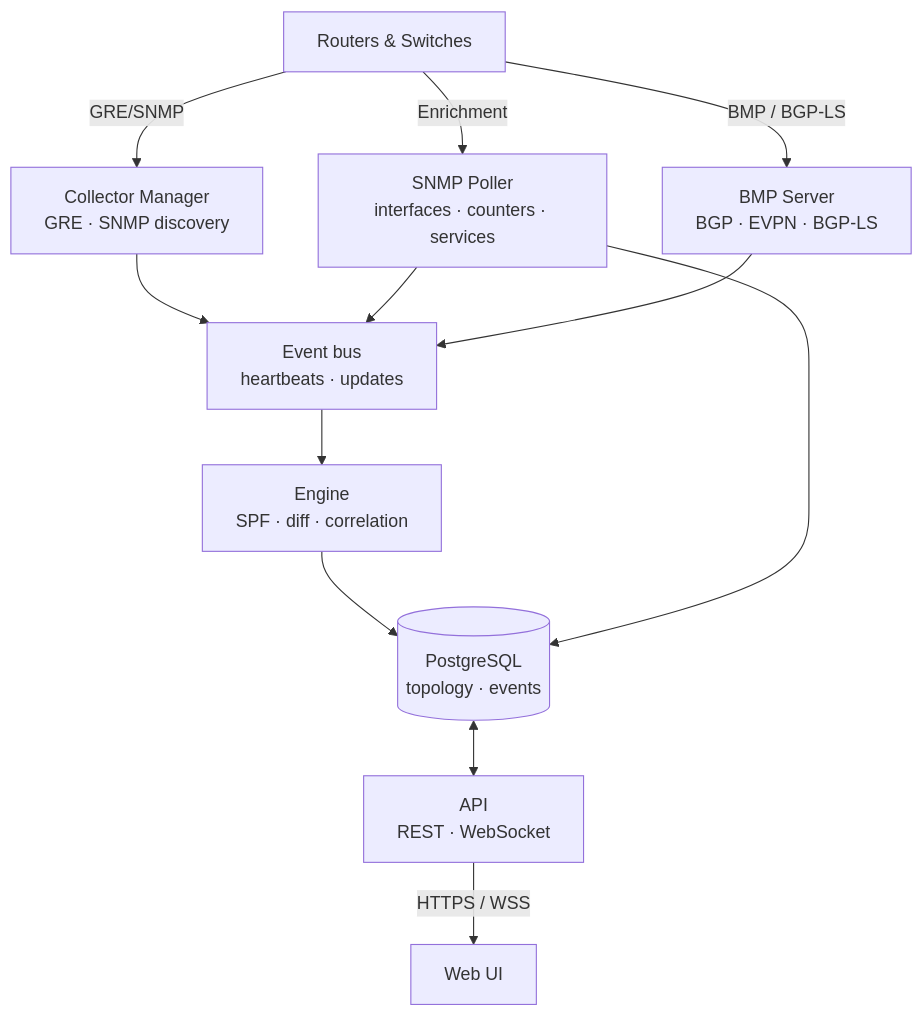
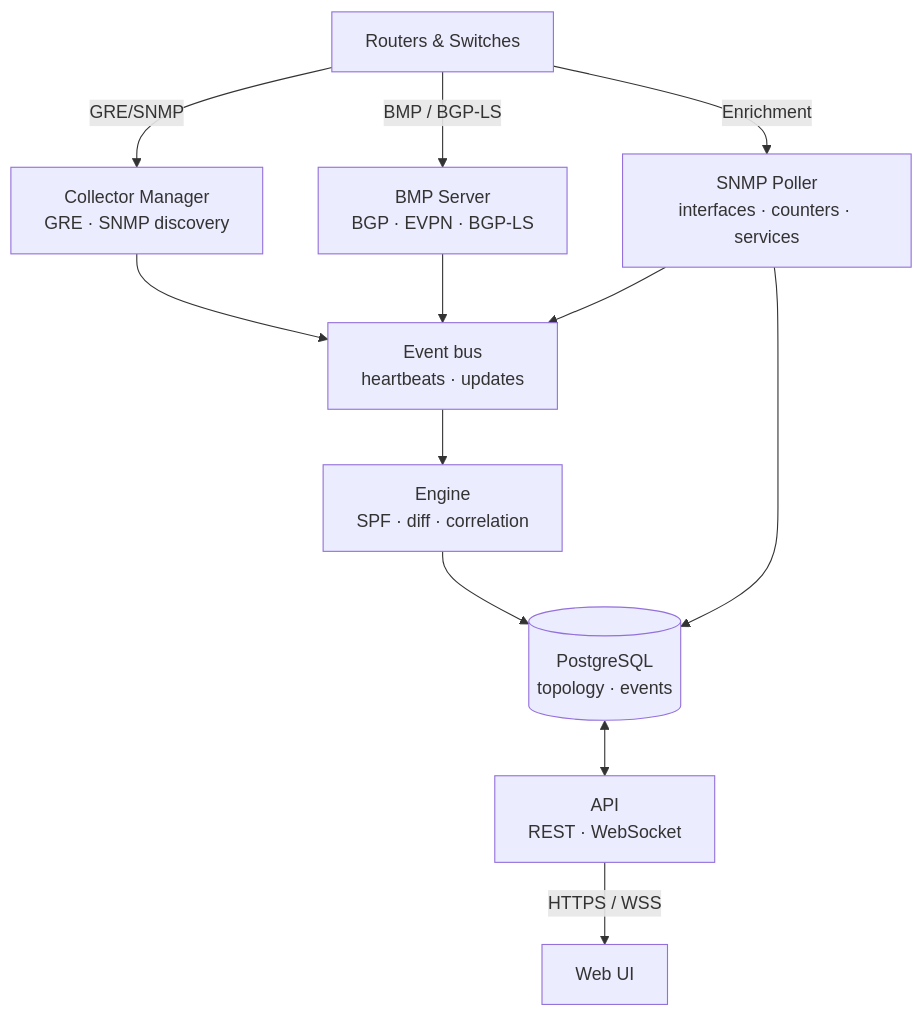
One commit to wijnberg-net/osprey changed the diagram in README.md. Above: the diagram before and after it, drawn with Mermaid. The commit also changed other lines of this file, not shown here.

Commit message:
docs: correct product claims and align architecture diagram

````diff
--- a/README.md
+++ b/README.md
@@ -258,25 +267,25 @@
 ```mermaid
 graph TD
     R[Routers & Switches]
 
     CM["Collector Manager\nGRE · SNMP discovery"]
+    BS["BMP Server\nBGP · EVPN · BGP-LS"]
     SP["SNMP Poller\ninterfaces · counters · services"]
-    BS["BMP Server\nBGP · EVPN · BGP-LS"]
     N["Event bus\nheartbeats · updates"]
     E["Engine\nSPF · diff · correlation"]
     PG[("PostgreSQL\ntopology · events")]
     A["API\nREST · WebSocket"]
     W["Web UI"]
 
     R -- GRE/SNMP --> CM
+    R -- BMP / BGP-LS --> BS
     R -- Enrichment --> SP
-    R -- BMP / BGP-LS --> BS
     CM --> N
+    BS --> N
     SP --> N
-    BS --> N
     N --> E
     E --> PG
     SP --> PG
     PG <--> A
     A -- HTTPS / WSS --> W
 ```
````
